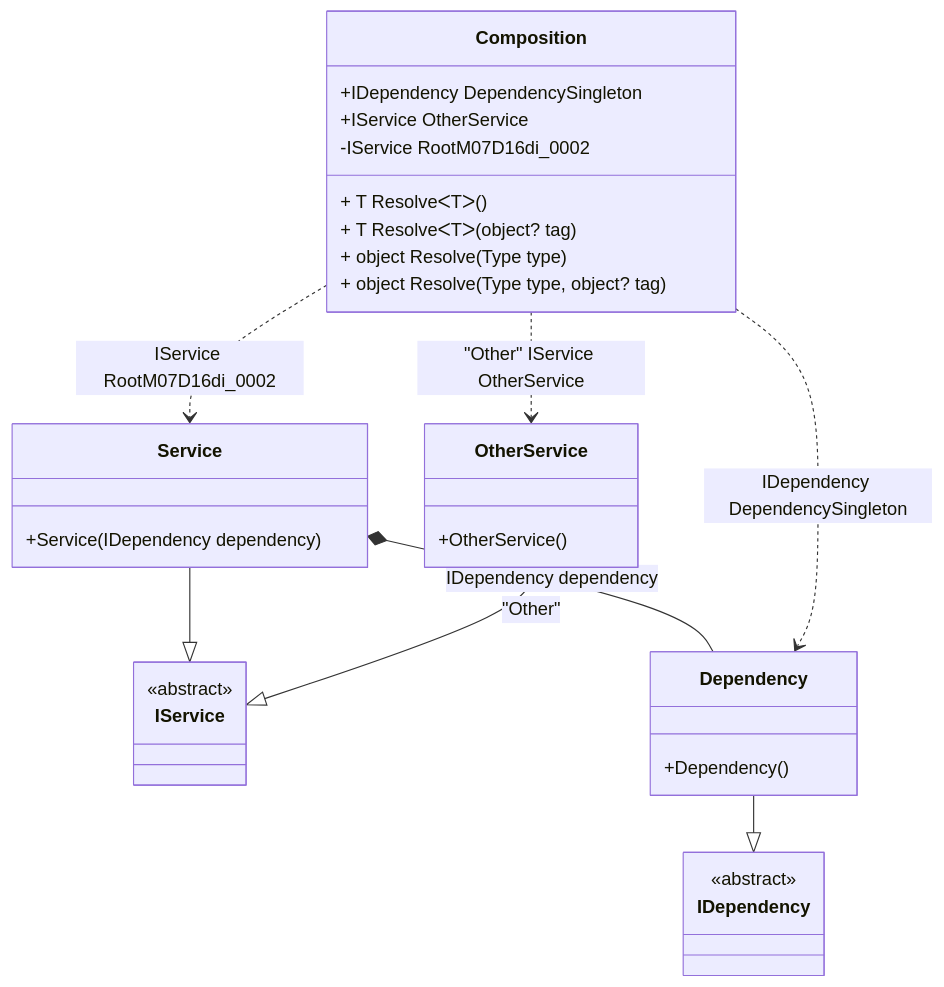
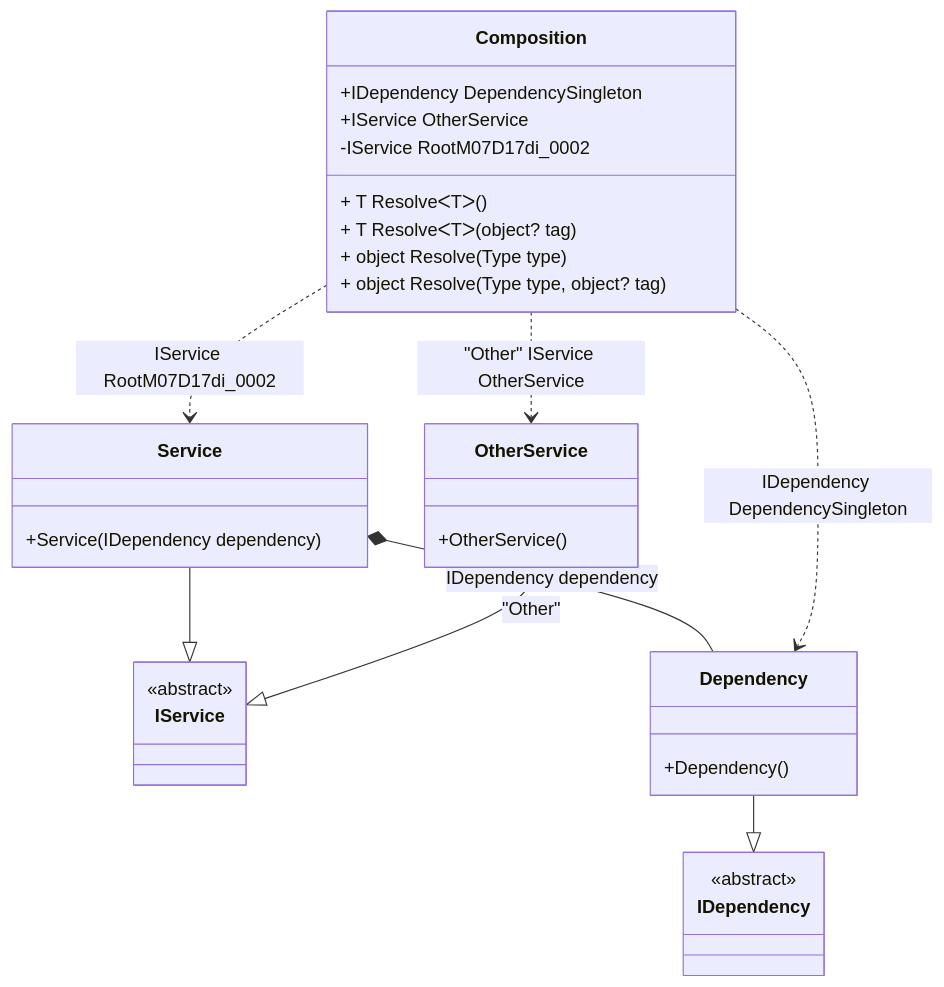
One commit to DevTeam/Pure.DI changed the diagram in readme/resolve-methods.md. Above: the diagram before and after it, drawn with Mermaid. The commit also changed other lines of this file and 47 other files, not shown here.

````diff
--- a/readme/resolve-methods.md
+++ b/readme/resolve-methods.md
@@ -47,34 +47,34 @@
 ```mermaid
 classDiagram
   class Composition {
     +IDependency DependencySingleton
     +IService OtherService
-    -IService RootM07D16di_0002
+    -IService RootM07D17di_0002
     + T ResolveᐸTᐳ()
     + T ResolveᐸTᐳ(object? tag)
     + object Resolve(Type type)
     + object Resolve(Type type, object? tag)
   }
   Service --|> IService : 
   class Service {
     +Service(IDependency dependency)
   }
   Dependency --|> IDependency : 
   class Dependency {
     +Dependency()
   }
   OtherService --|> IService : "Other" 
   class OtherService {
     +OtherService()
   }
   class IService {
     <<abstract>>
   }
   class IDependency {
     <<abstract>>
   }
   Service *--  Dependency : IDependency dependency
   Composition ..> Dependency : IDependency DependencySingleton
-  Composition ..> Service : IService RootM07D16di_0002
+  Composition ..> Service : IService RootM07D17di_0002
   Composition ..> OtherService : "Other" IService OtherService
 ```
````
